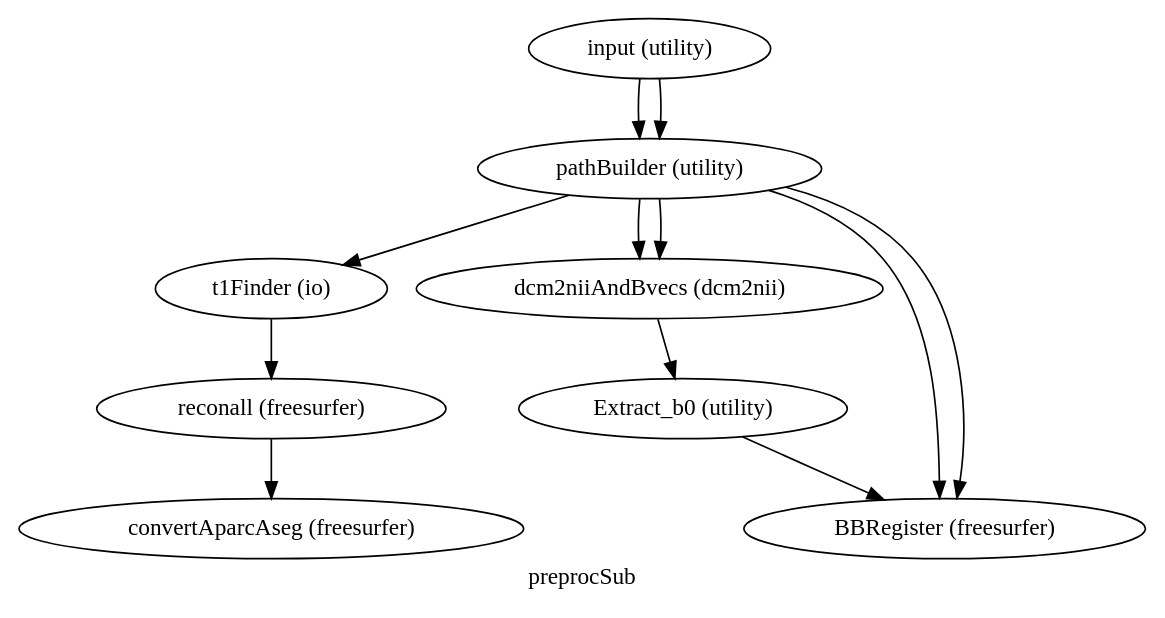
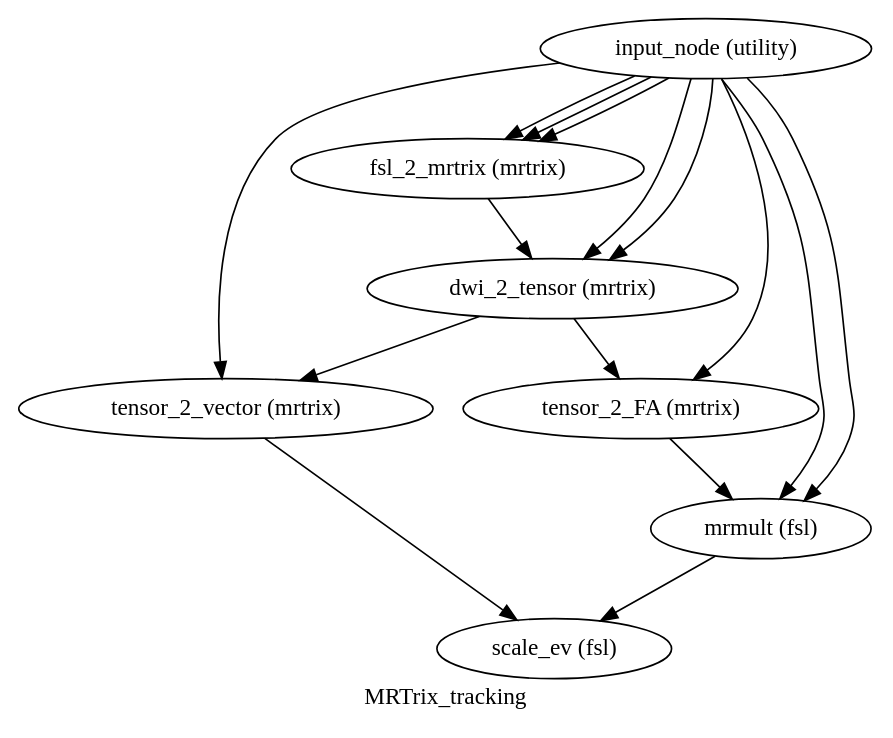
One commit to BrainModes/TVB-Pypeline changed the diagram in notebooks/workflow_graph.dot. Above: the diagram before and after it, drawn with Graphviz. The commit also changed 15 other files, not shown here.

```diff
--- a/notebooks/workflow_graph.dot
+++ b/notebooks/workflow_graph.dot
@@ -1,22 +1,25 @@
-digraph preprocSub{
-  label="preprocSub";
-  preprocSub_input[label="input (utility)"];
-  preprocSub_pathBuilder[label="pathBuilder (utility)"];
-  preprocSub_t1Finder[label="t1Finder (io)"];
-  preprocSub_reconall[label="reconall (freesurfer)"];
-  preprocSub_convertAparcAseg[label="convertAparcAseg (freesurfer)"];
-  preprocSub_dcm2niiAndBvecs[label="dcm2niiAndBvecs (dcm2nii)"];
-  preprocSub_Extract_b0[label="Extract_b0 (utility)"];
-  preprocSub_BBRegister[label="BBRegister (freesurfer)"];
-  preprocSub_input -> preprocSub_pathBuilder;
-  preprocSub_input -> preprocSub_pathBuilder;
-  preprocSub_pathBuilder -> preprocSub_BBRegister;
-  preprocSub_pathBuilder -> preprocSub_BBRegister;
-  preprocSub_pathBuilder -> preprocSub_t1Finder;
-  preprocSub_pathBuilder -> preprocSub_dcm2niiAndBvecs;
-  preprocSub_pathBuilder -> preprocSub_dcm2niiAndBvecs;
-  preprocSub_t1Finder -> preprocSub_reconall;
-  preprocSub_reconall -> preprocSub_convertAparcAseg;
-  preprocSub_dcm2niiAndBvecs -> preprocSub_Extract_b0;
-  preprocSub_Extract_b0 -> preprocSub_BBRegister;
+digraph MRTrix_tracking{
+  label="MRTrix_tracking";
+  MRTrix_tracking_input_node[label="input_node (utility)"];
+  MRTrix_tracking_fsl_2_mrtrix[label="fsl_2_mrtrix (mrtrix)"];
+  MRTrix_tracking_dwi_2_tensor[label="dwi_2_tensor (mrtrix)"];
+  MRTrix_tracking_tensor_2_vector[label="tensor_2_vector (mrtrix)"];
+  MRTrix_tracking_tensor_2_FA[label="tensor_2_FA (mrtrix)"];
+  MRTrix_tracking_mrmult[label="mrmult (fsl)"];
+  MRTrix_tracking_scale_ev[label="scale_ev (fsl)"];
+  MRTrix_tracking_input_node -> MRTrix_tracking_tensor_2_FA;
+  MRTrix_tracking_input_node -> MRTrix_tracking_mrmult;
+  MRTrix_tracking_input_node -> MRTrix_tracking_mrmult;
+  MRTrix_tracking_input_node -> MRTrix_tracking_fsl_2_mrtrix;
+  MRTrix_tracking_input_node -> MRTrix_tracking_fsl_2_mrtrix;
+  MRTrix_tracking_input_node -> MRTrix_tracking_fsl_2_mrtrix;
+  MRTrix_tracking_input_node -> MRTrix_tracking_tensor_2_vector;
+  MRTrix_tracking_input_node -> MRTrix_tracking_dwi_2_tensor;
+  MRTrix_tracking_input_node -> MRTrix_tracking_dwi_2_tensor;
+  MRTrix_tracking_fsl_2_mrtrix -> MRTrix_tracking_dwi_2_tensor;
+  MRTrix_tracking_dwi_2_tensor -> MRTrix_tracking_tensor_2_vector;
+  MRTrix_tracking_dwi_2_tensor -> MRTrix_tracking_tensor_2_FA;
+  MRTrix_tracking_tensor_2_vector -> MRTrix_tracking_scale_ev;
+  MRTrix_tracking_tensor_2_FA -> MRTrix_tracking_mrmult;
+  MRTrix_tracking_mrmult -> MRTrix_tracking_scale_ev;
 }
```
